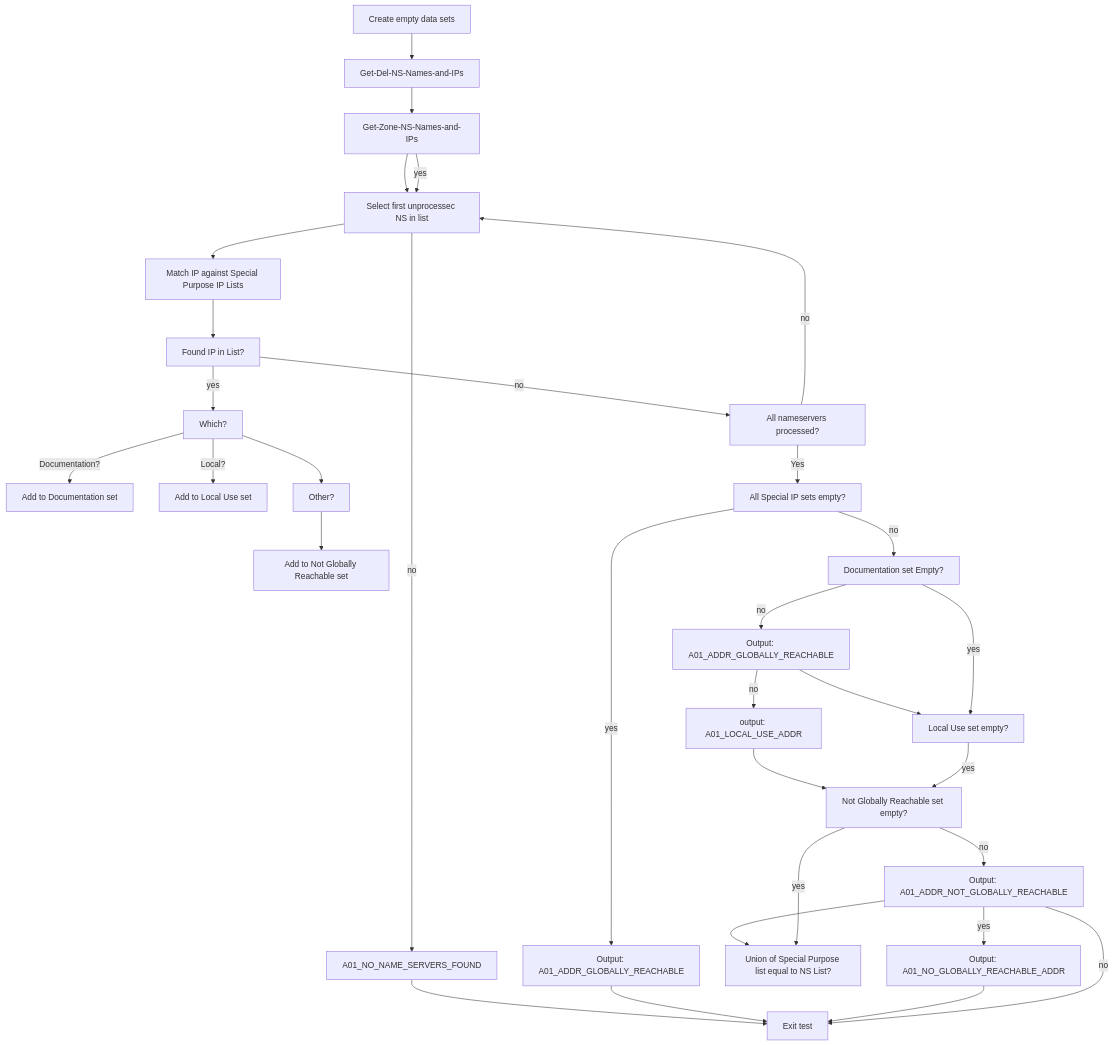
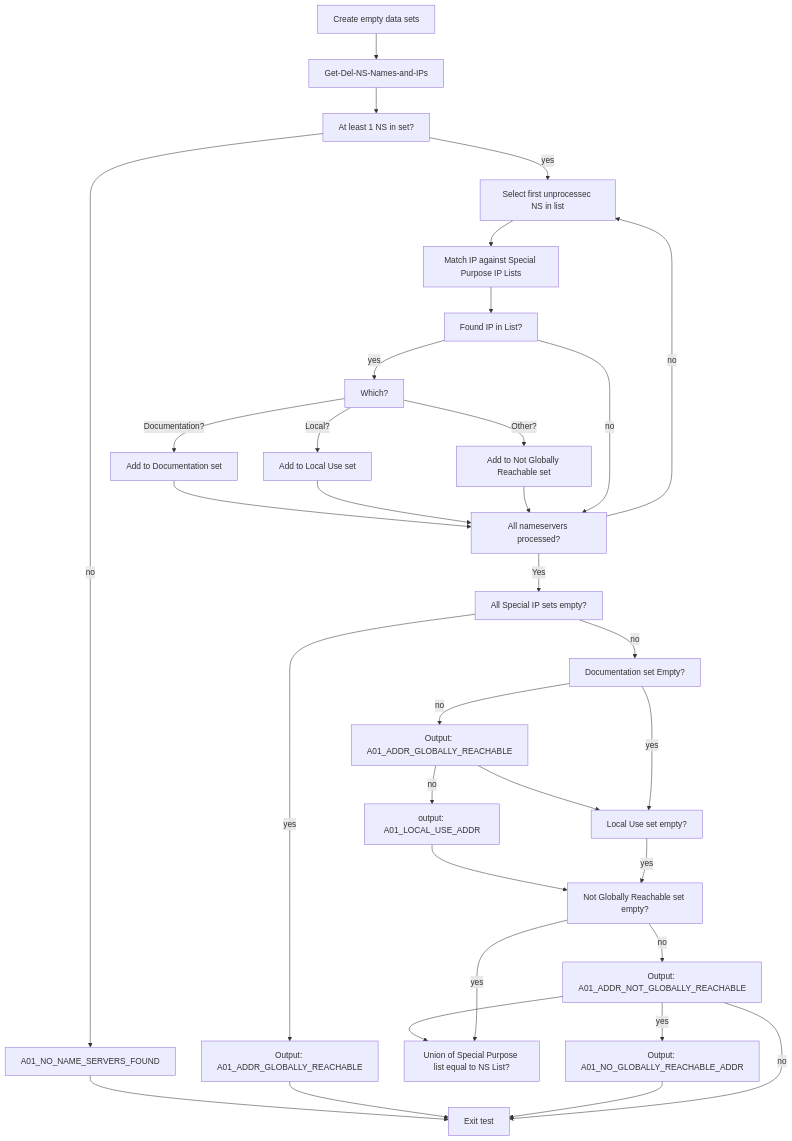
Before and after one commit to tolvmannen/zonemaster: the diagram in docs/public/specifications/tests/Address-TP/address01.md, drawn with Mermaid.

Commit message:
Fixed Mermaid graph

````diff
--- a/docs/public/specifications/tests/Address-TP/address01.md
+++ b/docs/public/specifications/tests/Address-TP/address01.md
@@ -114,34 +114,36 @@
 ```mermaid
 graph TD;
     A[Create empty data sets] --> B[Get-Del-NS-Names-and-IPs]
-    B --> C[Get-Zone-NS-Names-and-IPs]
-    C --> D[At least 1 NS in set?] 
-    D -- no --> R[A01_NO_NAME_SERVERS_FOUND]
+    B --> C[At least 1 NS in set?] 
+    C -- no --> R[A01_NO_NAME_SERVERS_FOUND]
     R --> X[Exit test]
     C -- yes --> D[Select first unprocessec NS in list]
     D --> E[Match IP against Special Purpose IP Lists]
     E --> F[Found IP in List?]
     F -- yes --> G[Which?]
     G -- Documentation? --> H[Add to Documentation set]
     G -- Local? --> I[Add to Local Use set]
-    G --> Other? --> J[Add to Not Globally Reachable set]
+    G -- Other? --> J[Add to Not Globally Reachable set]
+    H --> K
+    I --> K
+    J --> K
     F -- no --> K[All nameservers processed?]
     K -- no --> D
     K -- Yes --> L[All Special IP sets empty?]
     L -- yes --> M[Output: A01_ADDR_GLOBALLY_REACHABLE]
     M --> X
     L -- no --> N[Documentation set Empty?]
     N -- no --> O[Output: A01_ADDR_GLOBALLY_REACHABLE]
     O --> P[Local Use set empty?]
     O -- no --> Q[output: A01_LOCAL_USE_ADDR]
     Q --> S[Not Globally Reachable set empty?]
     S -- no --> T[Output: A01_ADDR_NOT_GLOBALLY_REACHABLE] 
     T --> U[Union of Special Purpose list equal to NS List?]
     T -- yes --> V[Output: A01_NO_GLOBALLY_REACHABLE_ADDR]
     V --> X
     N -- yes --> P
     P -- yes --> S
     S -- yes --> U
     T -- no --> X
     
 ```
````
